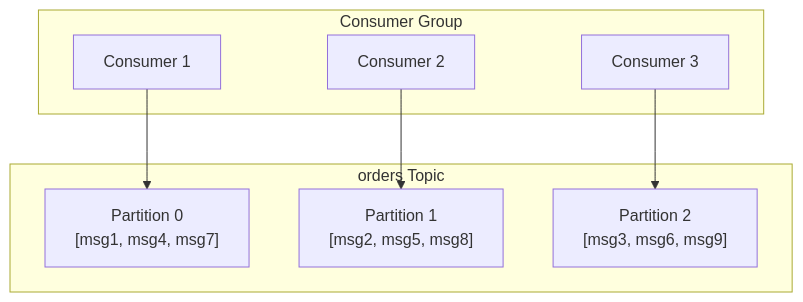
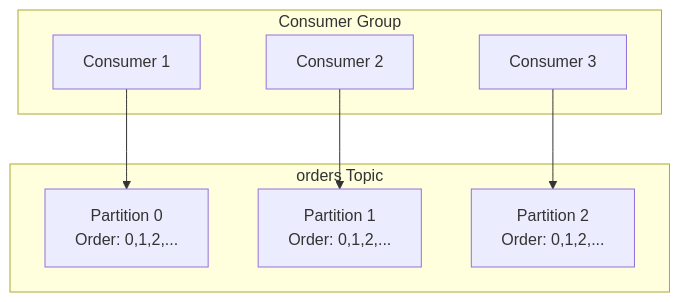
Before and after one commit to advanced-beginner/advanced-beginner.github.io: the fifth of 6 diagrams in content/en/docs/kafka/concepts/core-components.md, drawn with Mermaid. The commit also changed other lines of this file and 20 other files, not shown here.

````diff
--- a/content/en/docs/kafka/concepts/core-components.md
+++ b/content/en/docs/kafka/concepts/core-components.md
@@ -154,14 +342,14 @@
 ```mermaid
 flowchart TB
     subgraph Topic["orders Topic"]
-        P0["Partition 0<br>#91;msg1, msg4, msg7#93;"]
-        P1["Partition 1<br>#91;msg2, msg5, msg8#93;"]
-        P2["Partition 2<br>#91;msg3, msg6, msg9#93;"]
+        P0["Partition 0<br>Order: 0,1,2,..."]
+        P1["Partition 1<br>Order: 0,1,2,..."]
+        P2["Partition 2<br>Order: 0,1,2,..."]
     end
 
-    subgraph Consumers["Consumer Group"]
+    subgraph CG["Consumer Group"]
         C1[Consumer 1] --> P0
         C2[Consumer 2] --> P1
         C3[Consumer 3] --> P2
     end
 ```
````
